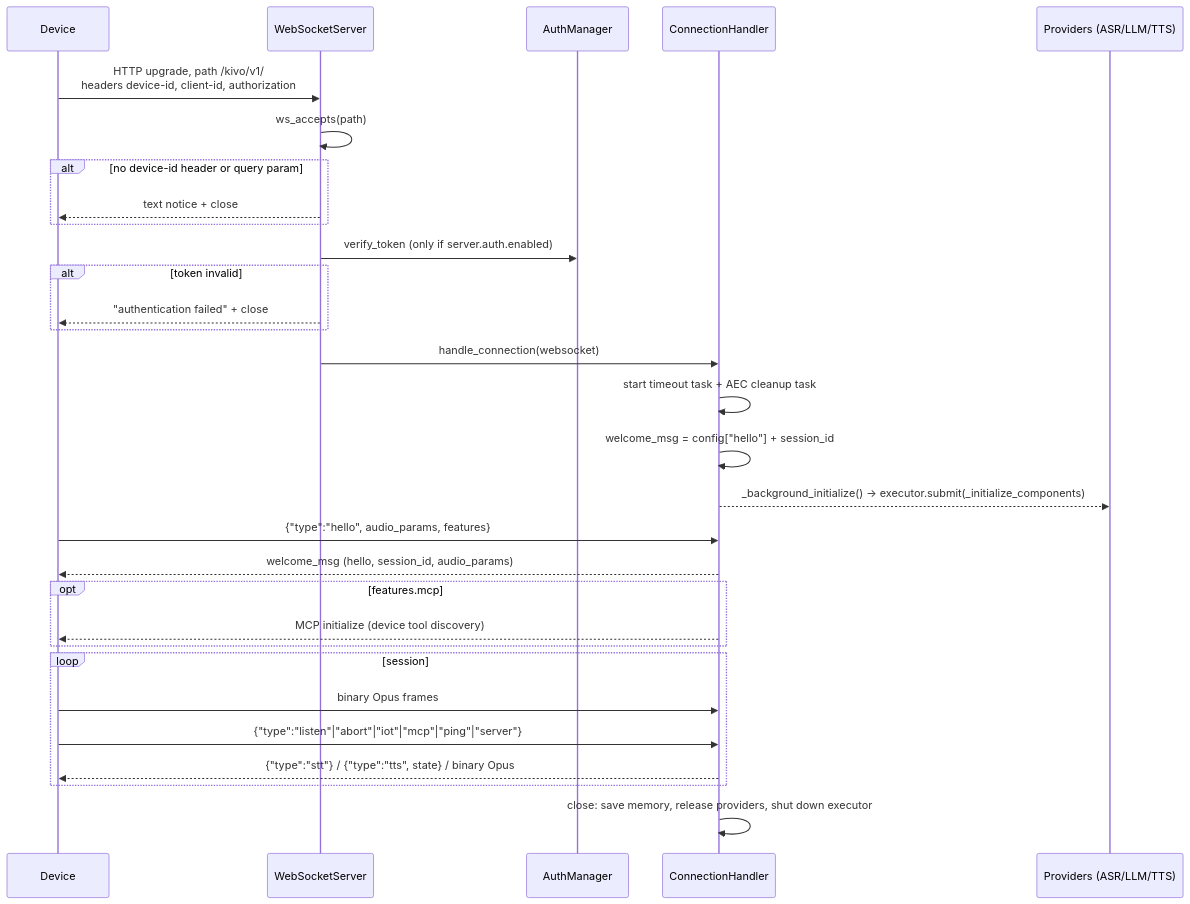
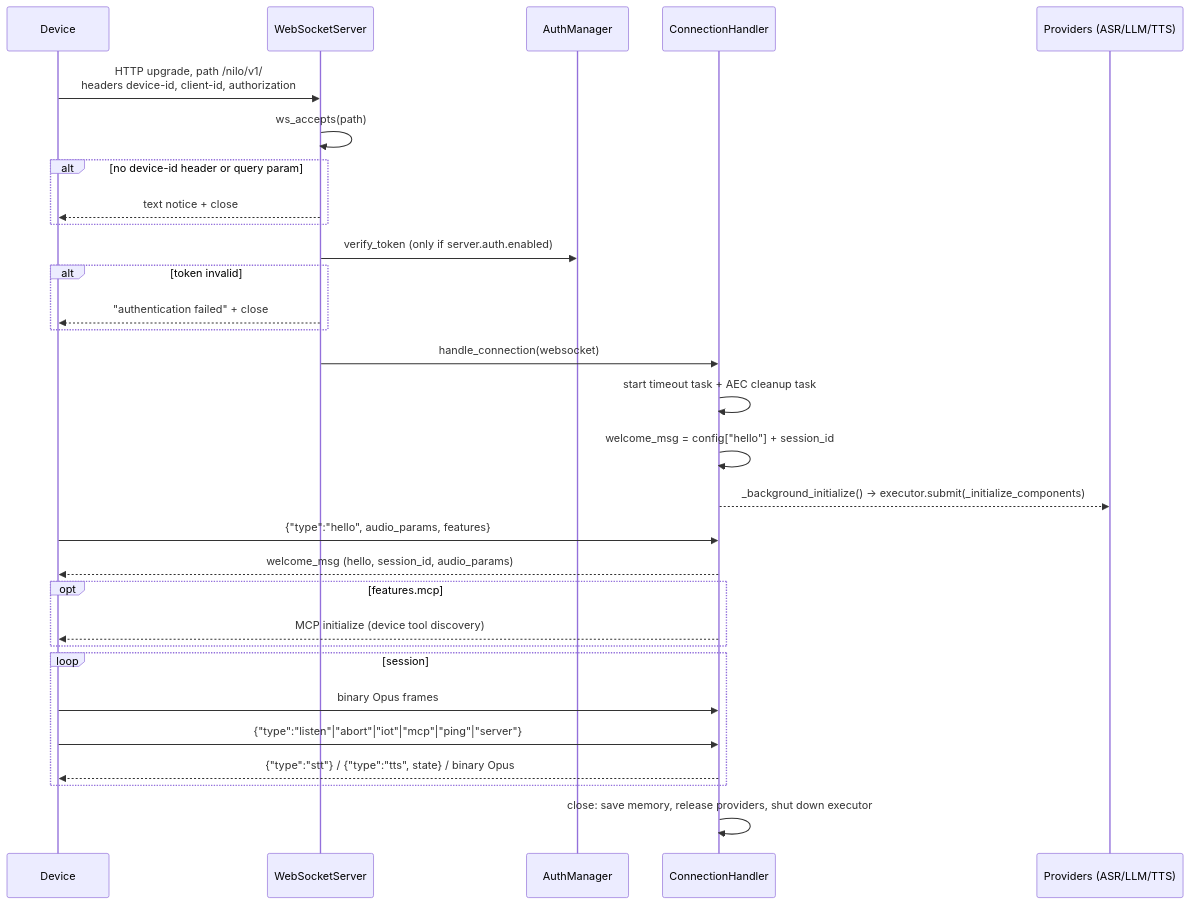
One commit to AA-Box/Nilo changed the second of 3 diagrams in docs/architecture.md. Above: the diagram before and after it, drawn with Mermaid. The commit also changed other lines of this file and 307 other files, not shown here.

First line of the commit message:
refactor!: rename to Nilo and remove the upstream device endpoints

````diff
--- a/docs/architecture.md
+++ b/docs/architecture.md
@@ -112,33 +117,33 @@
 ```mermaid
 sequenceDiagram
     participant D as Device
     participant WS as WebSocketServer
     participant A as AuthManager
     participant C as ConnectionHandler
     participant P as Providers (ASR/LLM/TTS)
 
-    D->>WS: HTTP upgrade, path /kivo/v1/<br/>headers device-id, client-id, authorization
+    D->>WS: HTTP upgrade, path /nilo/v1/<br/>headers device-id, client-id, authorization
     WS->>WS: ws_accepts(path)
     alt no device-id header or query param
         WS-->>D: text notice + close
     end
     WS->>A: verify_token (only if server.auth.enabled)
     alt token invalid
         WS-->>D: "authentication failed" + close
     end
     WS->>C: handle_connection(websocket)
     C->>C: start timeout task + AEC cleanup task
     C->>C: welcome_msg = config["hello"] + session_id
     C-->>P: _background_initialize() → executor.submit(_initialize_components)
     D->>C: {"type":"hello", audio_params, features}
     C-->>D: welcome_msg (hello, session_id, audio_params)
     opt features.mcp
         C-->>D: MCP initialize (device tool discovery)
     end
     loop session
         D->>C: binary Opus frames
         D->>C: {"type":"listen"|"abort"|"iot"|"mcp"|"ping"|"server"}
         C-->>D: {"type":"stt"} / {"type":"tts", state} / binary Opus
     end
     C->>C: close: save memory, release providers, shut down executor
 ```
````
